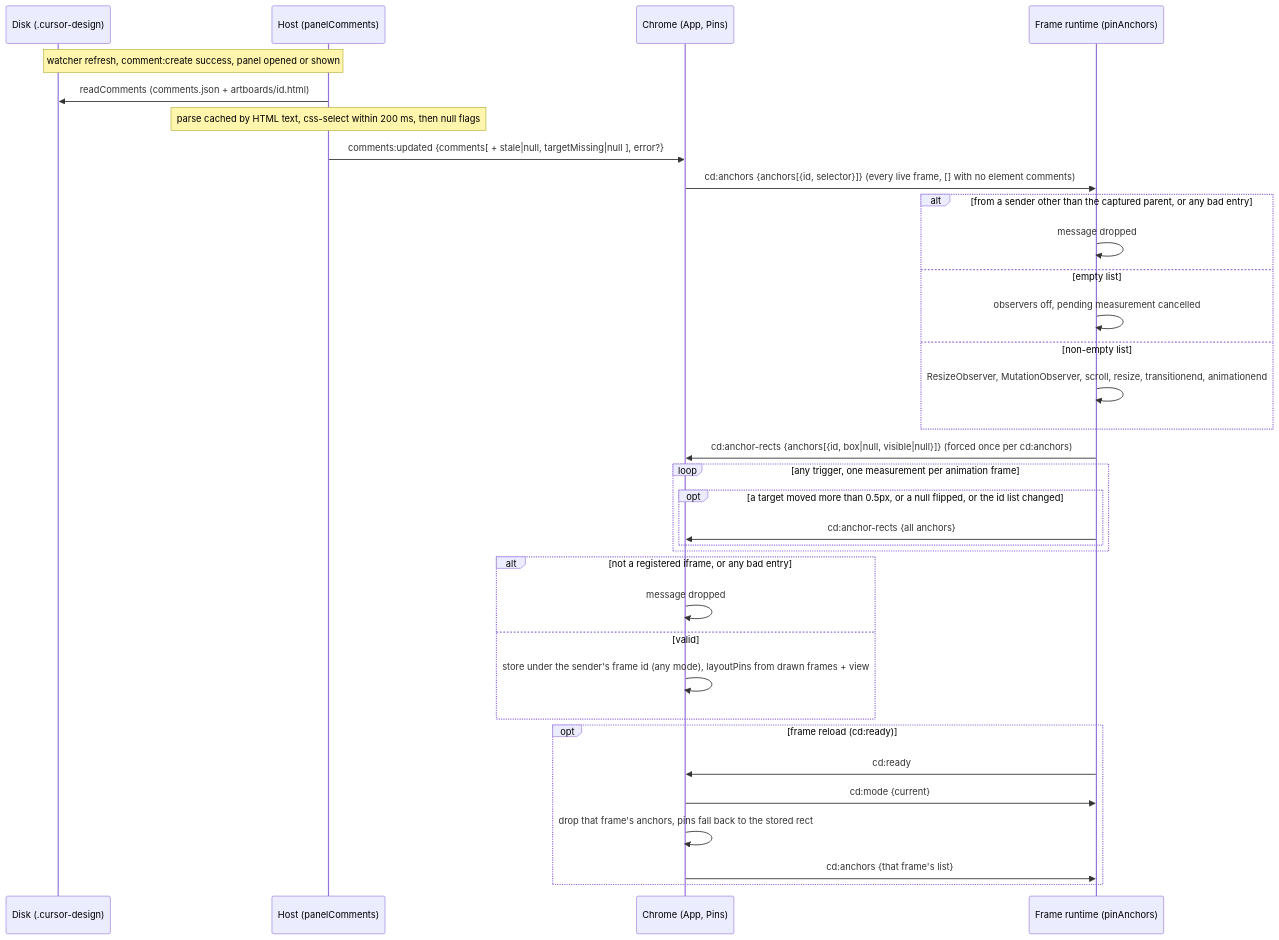
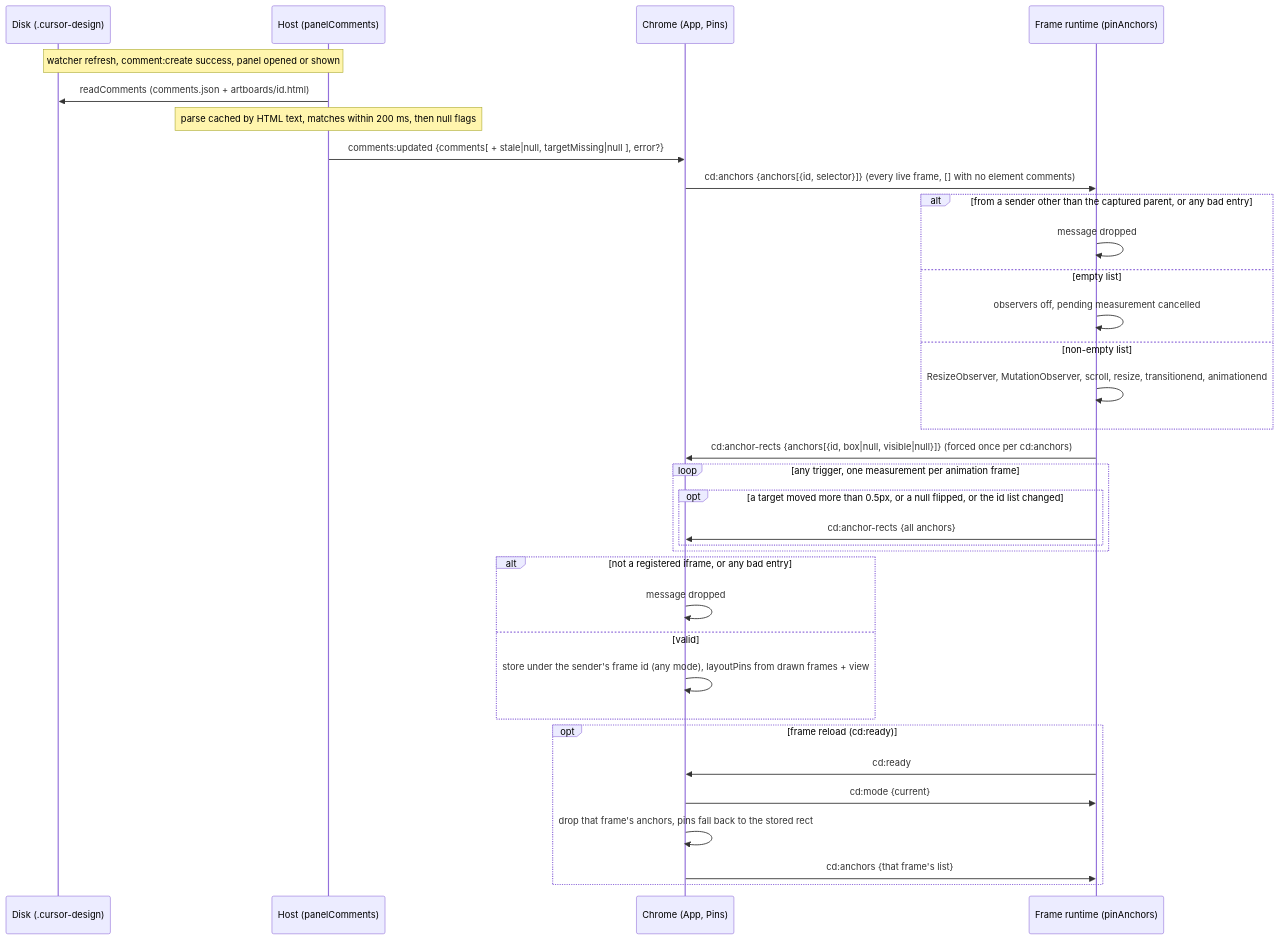
One commit to MarekBombera/cursor-design-extension changed the seventh of 10 diagrams in blueprint/context/system-map.md. Above: the diagram before and after it, drawn with Mermaid. The commit also changed other lines of this file and 29 other files, not shown here.

First line of the commit message:
fix: drop the Electron test suite and css-select

````diff
--- a/blueprint/context/system-map.md
+++ b/blueprint/context/system-map.md
@@ -274,36 +275,36 @@
 ```mermaid
 sequenceDiagram
   participant D as Disk (.cursor-design)
   participant H as Host (panelComments)
   participant C as Chrome (App, Pins)
   participant F as Frame runtime (pinAnchors)
   Note over D,H: watcher refresh, comment:create success, panel opened or shown
   H->>D: readComments (comments.json + artboards/id.html)
-  Note over H: parse cached by HTML text, css-select within 200 ms, then null flags
+  Note over H: parse cached by HTML text, matches within 200 ms, then null flags
   H->>C: comments:updated {comments[ + stale|null, targetMissing|null ], error?}
   C->>F: cd:anchors {anchors[{id, selector}]} (every live frame, [] with no element comments)
   alt from a sender other than the captured parent, or any bad entry
     F->>F: message dropped
   else empty list
     F->>F: observers off, pending measurement cancelled
   else non-empty list
     F->>F: ResizeObserver, MutationObserver, scroll, resize, transitionend, animationend
   end
   F->>C: cd:anchor-rects {anchors[{id, box|null, visible|null}]} (forced once per cd:anchors)
   loop any trigger, one measurement per animation frame
     opt a target moved more than 0.5px, or a null flipped, or the id list changed
       F->>C: cd:anchor-rects {all anchors}
     end
   end
   alt not a registered iframe, or any bad entry
     C->>C: message dropped
   else valid
     C->>C: store under the sender's frame id (any mode), layoutPins from drawn frames + view
   end
   opt frame reload (cd:ready)
     F->>C: cd:ready
     C->>F: cd:mode {current}
     C->>C: drop that frame's anchors, pins fall back to the stored rect
     C->>F: cd:anchors {that frame's list}
   end
 ```
````
